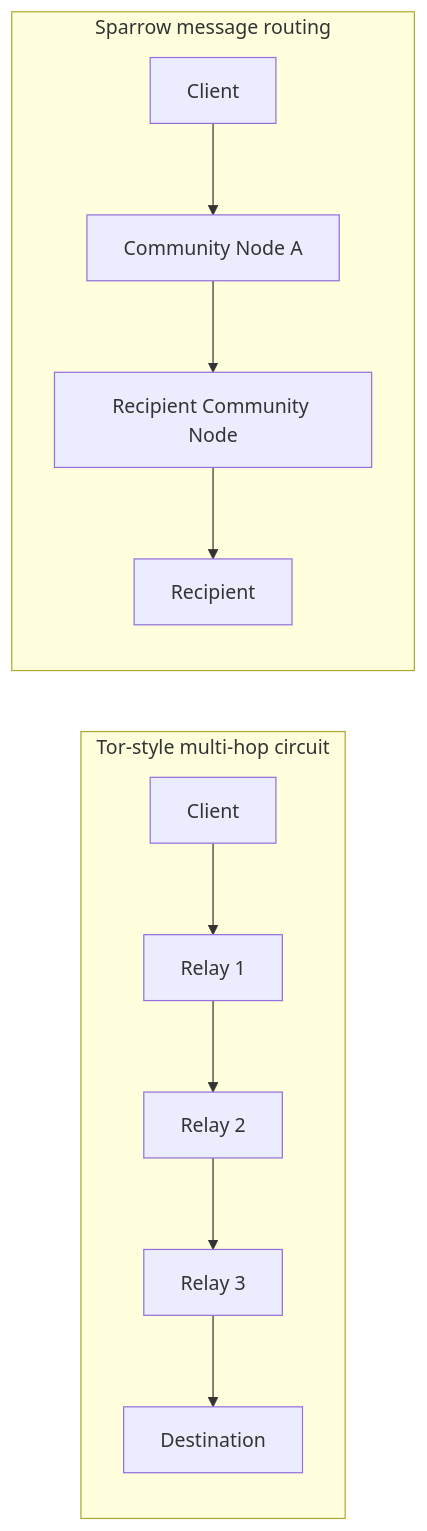
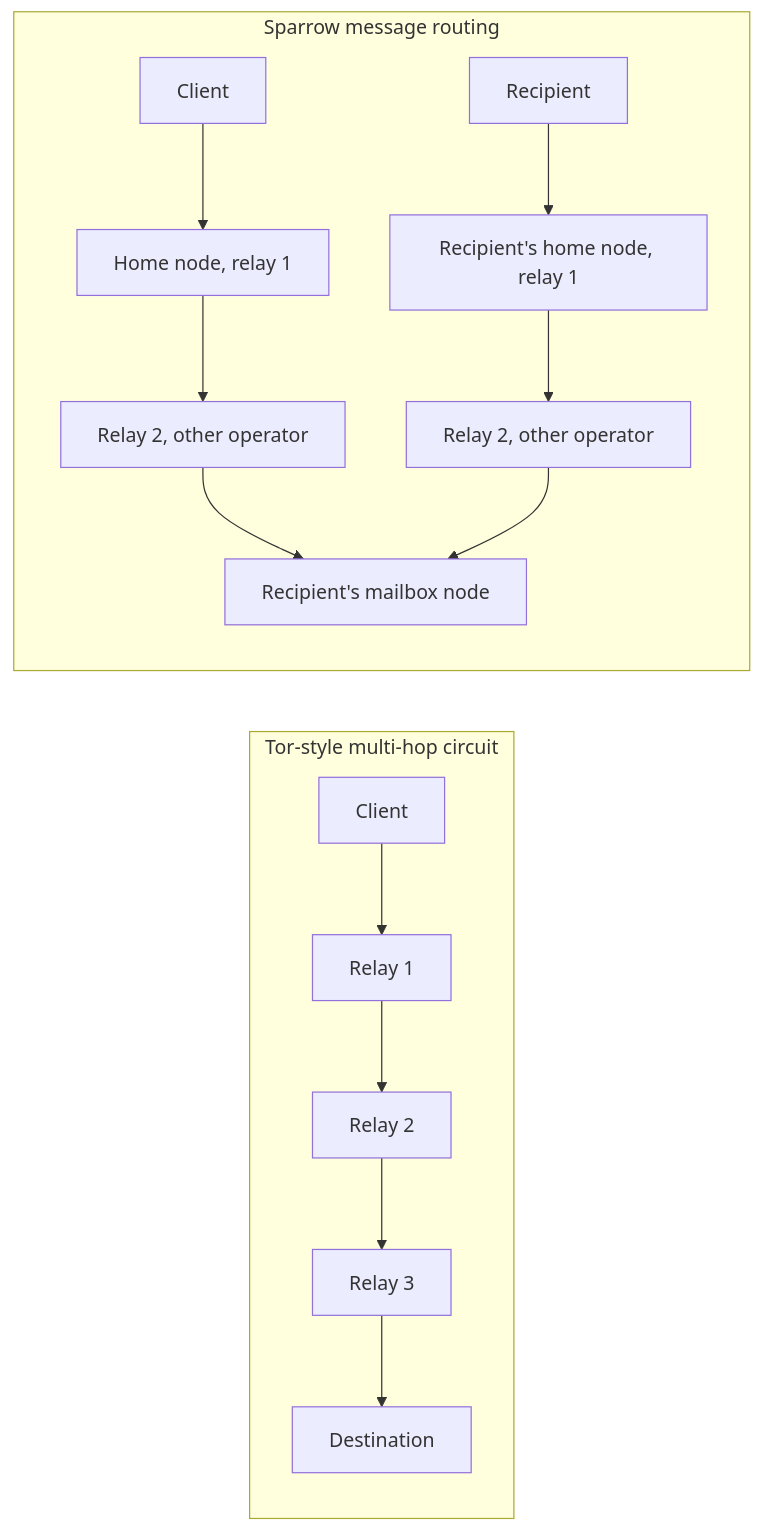
The third of 3 diagrams in docs/why-sparrow.md (cbgm/Sparrow), drawn with Mermaid before and after one commit. The commit also changed other lines of this file and 1796 other files, not shown here.

````diff
--- a/docs/why-sparrow.md
+++ b/docs/why-sparrow.md
@@ -150,15 +149,18 @@
 ```mermaid
 flowchart LR
     subgraph Tor[Tor-style multi-hop circuit]
         TClient[Client] --> Guard[Relay 1]
         Guard --> Middle[Relay 2]
         Middle --> Exit[Relay 3]
         Exit --> Destination[Destination]
     end
 
     subgraph SC[Sparrow message routing]
-        SClient[Client] --> NodeA[Community Node A]
-        NodeA --> NodeB[Recipient Community Node]
-        NodeB --> Recipient[Recipient]
+        SClient[Client] --> Home[Home node, relay 1]
+        Home --> Relay2[Relay 2, other operator]
+        Relay2 --> NodeB[Recipient's mailbox node]
+        Recipient[Recipient] --> RHome[Recipient's home node, relay 1]
+        RHome --> RRelay2[Relay 2, other operator]
+        RRelay2 --> NodeB
     end
 ```
````
